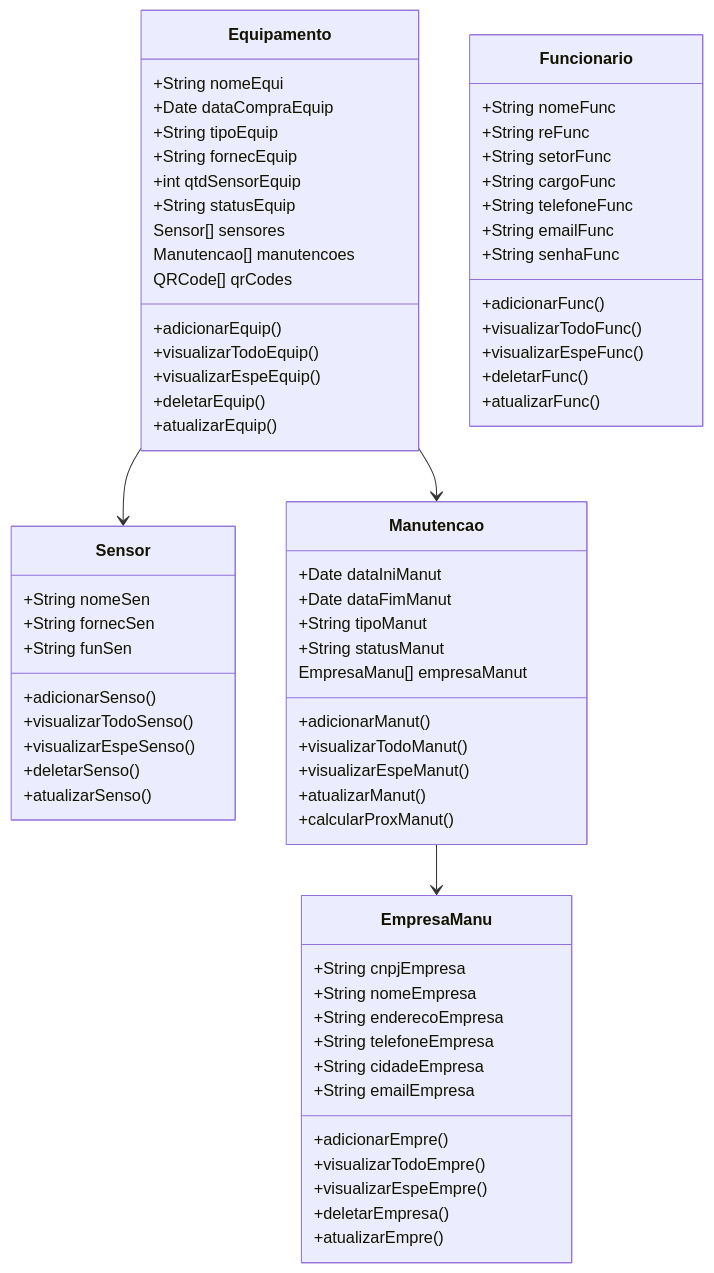
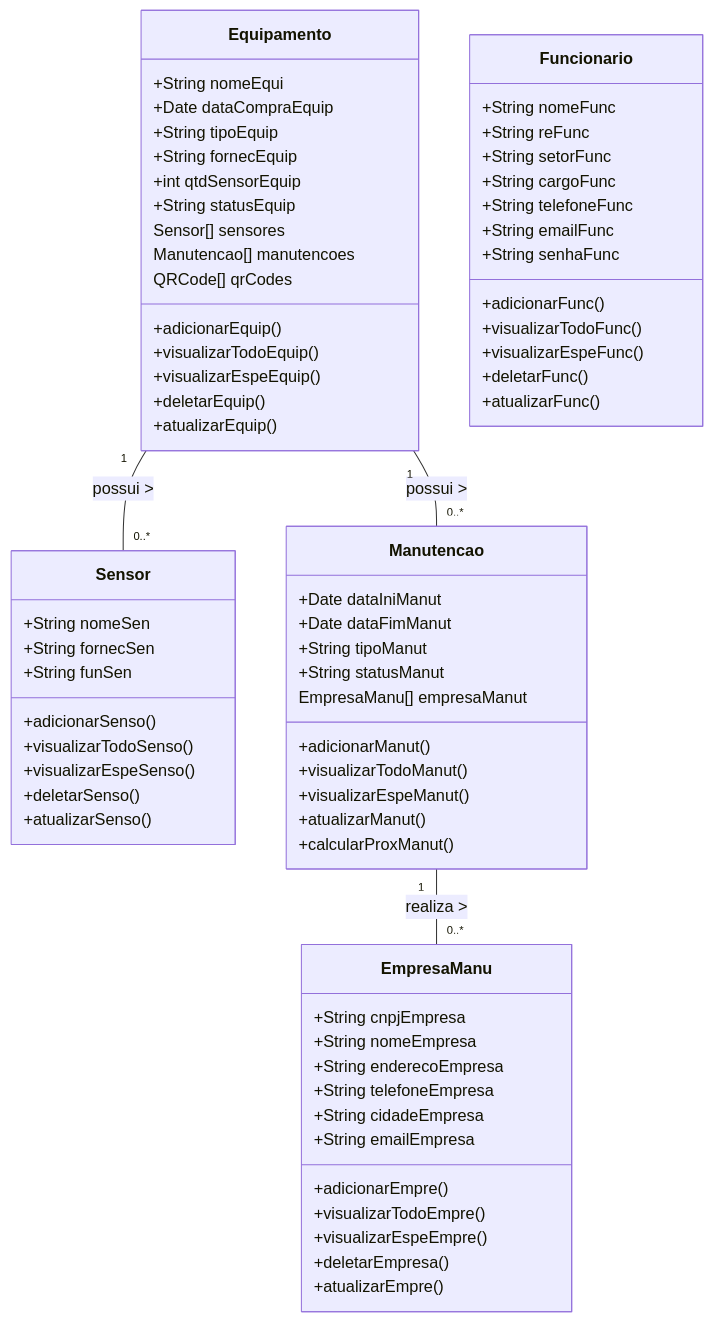
The diagram in maintenance_and_equipment_control_system/README.md (Hunter7210/Projects_Java), drawn with Mermaid before and after one commit. The commit also changed other lines of this file and 37 other files, not shown here.

````diff
--- a/maintenance_and_equipment_control_system/README.md
+++ b/maintenance_and_equipment_control_system/README.md
@@ -155,7 +184,7 @@
         +String telefoneFunc
         +String emailFunc
         +String senhaFunc
-        
+
         +adicionarFunc()
         +visualizarTodoFunc()
         +visualizarEspeFunc()
@@ -163,7 +192,7 @@
         +atualizarFunc()
     }
 
-    Equipamento --> Sensor
-    Equipamento --> Manutencao
-    Manutencao --> EmpresaManu
+    Equipamento "1" -- "0..*" Sensor : possui >
+    Equipamento "1" -- "0..*" Manutencao : possui >
+    Manutencao "1" -- "0..*" EmpresaManu : realiza >
 ```
````
